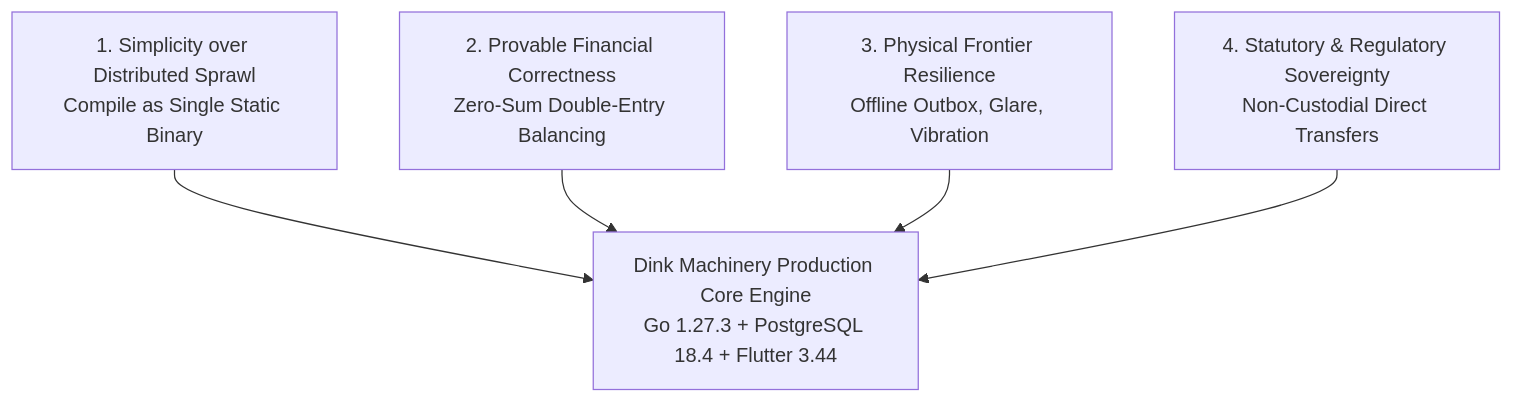
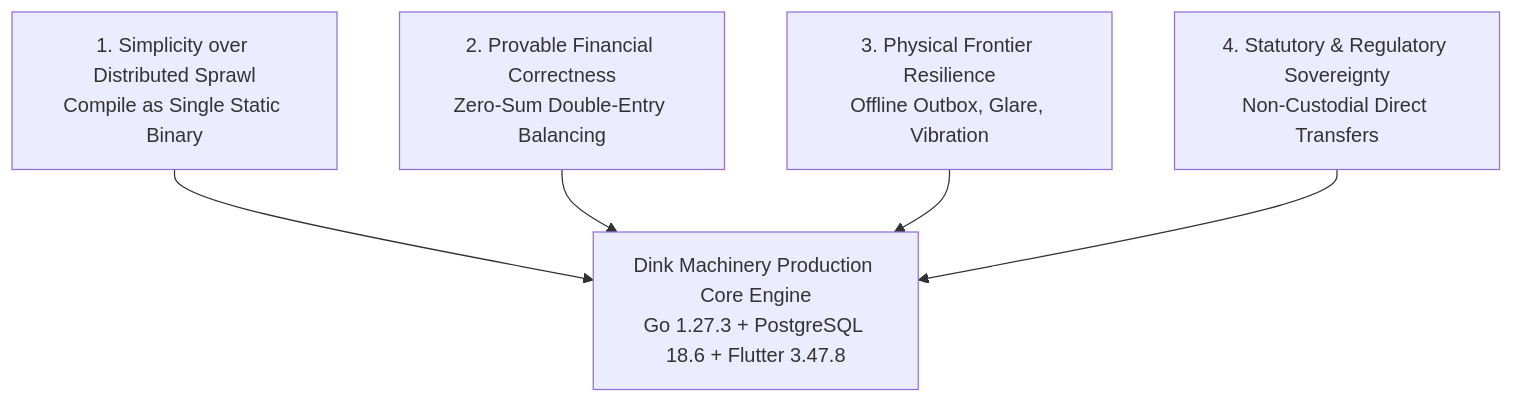
Before and after one commit to YDink/Heavy-Machinery-Logistics-Rental: the first of 5 diagrams in docs/shared/architecture/02-architecture-principles.md, drawn with Mermaid. The commit also changed other lines of this file and 212 other files, not shown here.

````diff
--- a/docs/shared/architecture/02-architecture-principles.md
+++ b/docs/shared/architecture/02-architecture-principles.md
@@ -41,14 +41,14 @@
 ```mermaid
 flowchart TD
     Tenet1["1. Simplicity over Distributed Sprawl<br/>Compile as Single Static Binary"]
     Tenet2["2. Provable Financial Correctness<br/>Zero-Sum Double-Entry Balancing"]
     Tenet3["3. Physical Frontier Resilience<br/>Offline Outbox, Glare, Vibration"]
     Tenet4["4. Statutory & Regulatory Sovereignty<br/>Non-Custodial Direct Transfers"]
 
-    CoreEngine["Dink Machinery Production Core Engine<br/>Go 1.27.3 + PostgreSQL 18.4 + Flutter 3.44"]
+    CoreEngine["Dink Machinery Production Core Engine<br/>Go 1.27.3 + PostgreSQL 18.6 + Flutter 3.47.8"]
 
     Tenet1 --> CoreEngine
     Tenet2 --> CoreEngine
     Tenet3 --> CoreEngine
     Tenet4 --> CoreEngine
 ```
````
